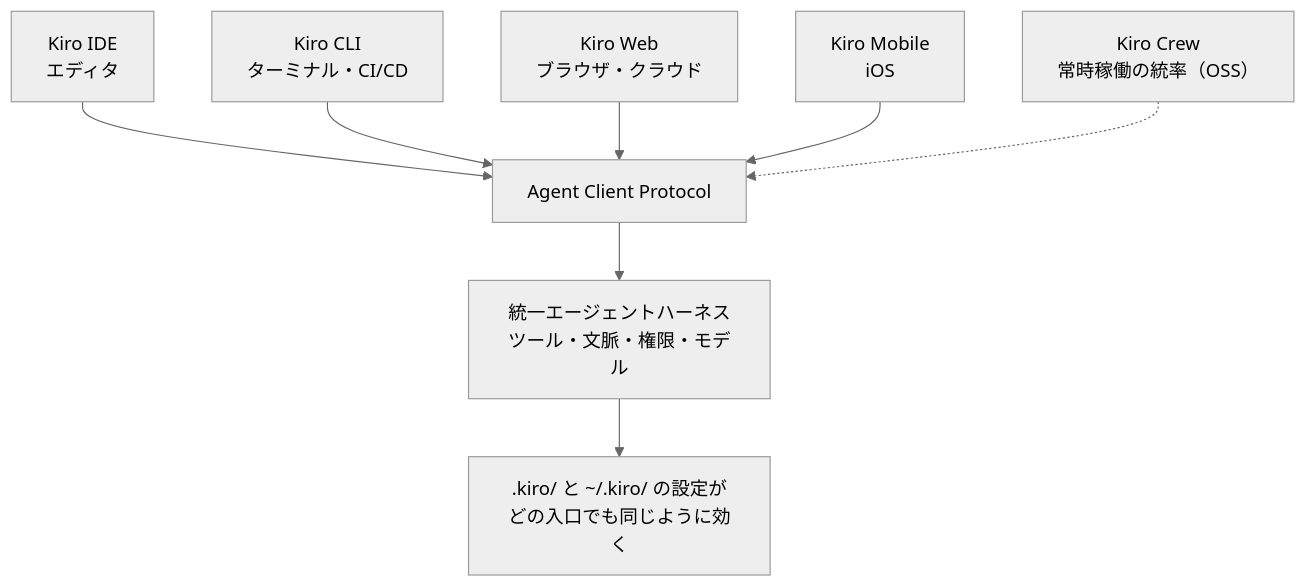
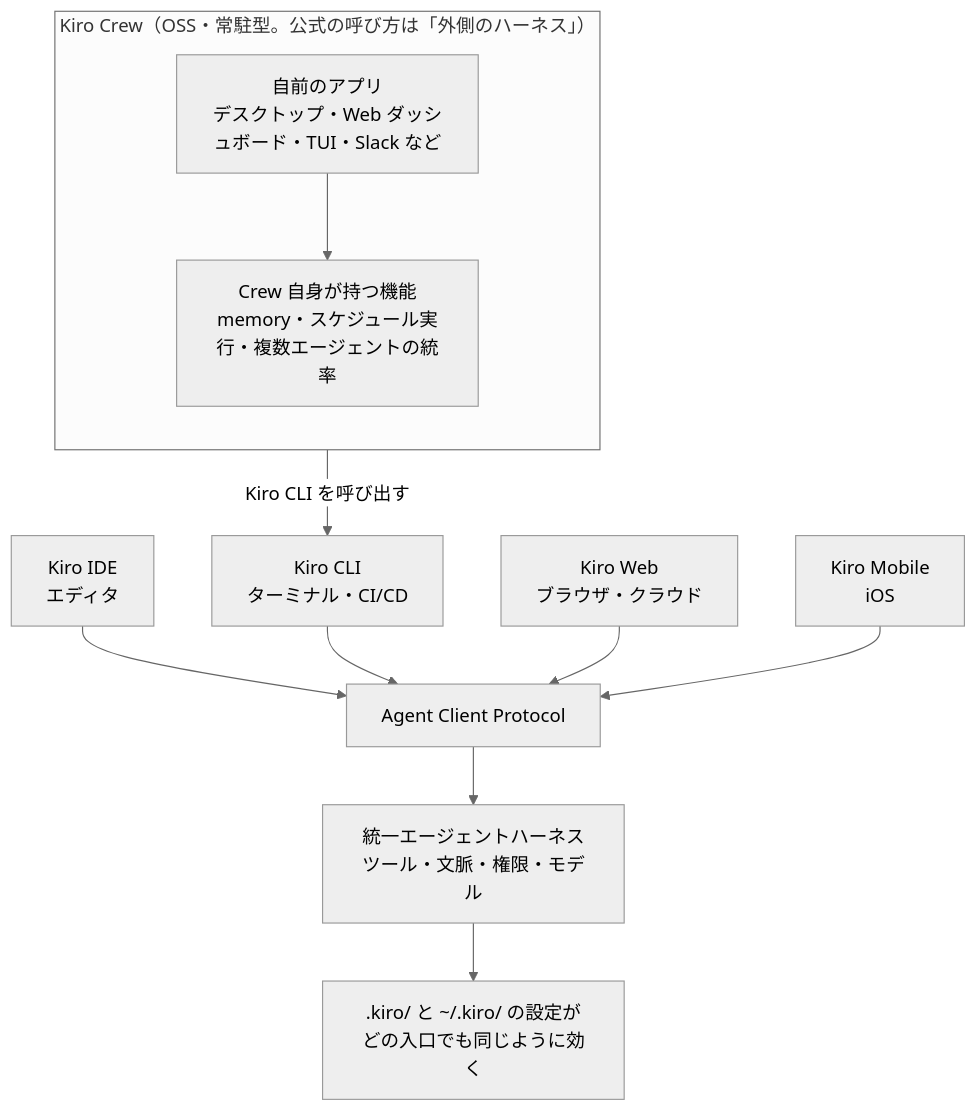
Before and after one commit to kamogashira-sys/kiro-all-docs: the diagram in README.md, drawn with Mermaid (neutral theme). The commit also changed other lines of this file, not shown here.

Commit message:
docs: README の図で Kiro Crew を 4 入口と同列にせず、Kiro CLI を呼び出す常駐型アプリとして別層に描く（入口表にも注記）

````diff
--- a/README.md
+++ b/README.md
@@ -14,10 +14,14 @@
 ```mermaid
 flowchart TD
+  subgraph CREW["Kiro Crew（OSS・常駐型。公式の呼び方は「外側のハーネス」）"]
+    direction TB
+    CAPP["自前のアプリ<br/>デスクトップ・Web ダッシュボード・TUI・Slack など"] --> CCORE["Crew 自身が持つ機能<br/>memory・スケジュール実行・複数エージェントの統率"]
+  end
+  CCORE -- "Kiro CLI を呼び出す" --> CLI
   IDE["Kiro IDE<br/>エディタ"] --> ACP
   CLI["Kiro CLI<br/>ターミナル・CI/CD"] --> ACP
   WEB["Kiro Web<br/>ブラウザ・クラウド"] --> ACP
   MOB["Kiro Mobile<br/>iOS"] --> ACP
-  CREW["Kiro Crew<br/>常時稼働の統率（OSS）"] -.-> ACP
   ACP["Agent Client Protocol"] --> H["統一エージェントハーネス<br/>ツール・文脈・権限・モデル"]
   H --> CFG[".kiro/ と ~/.kiro/ の設定が<br/>どの入口でも同じように効く"]
 ```
````
